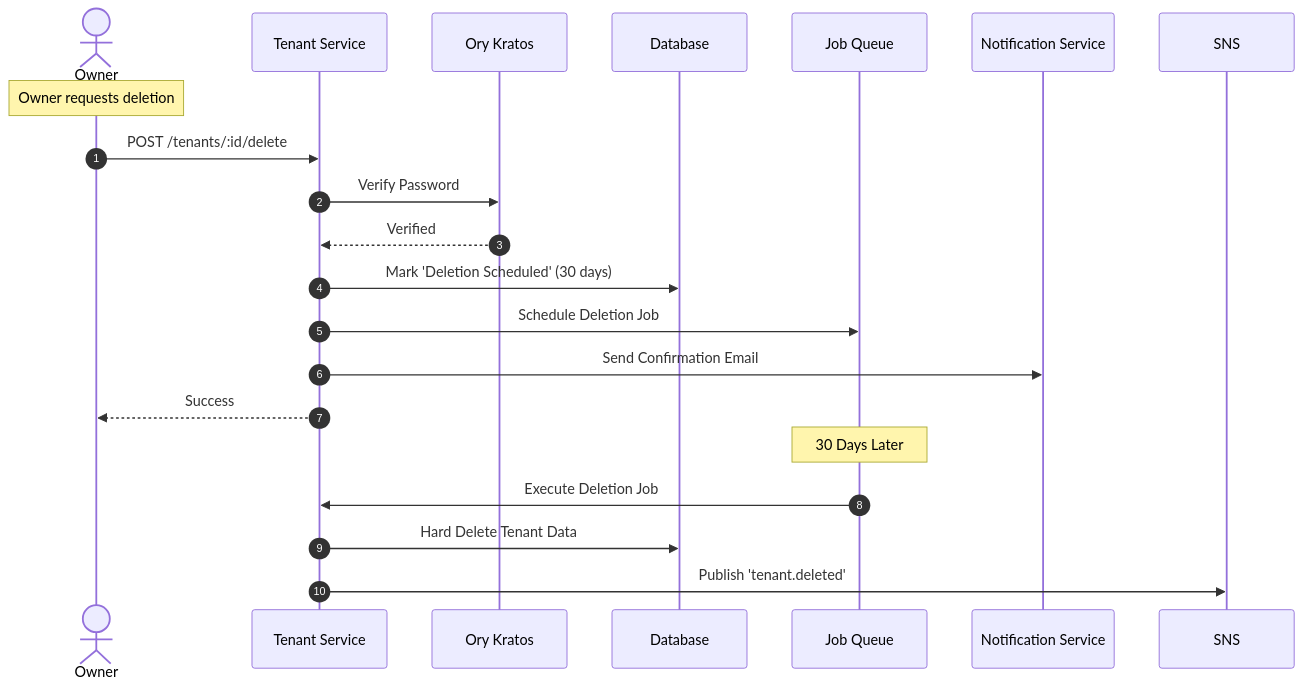
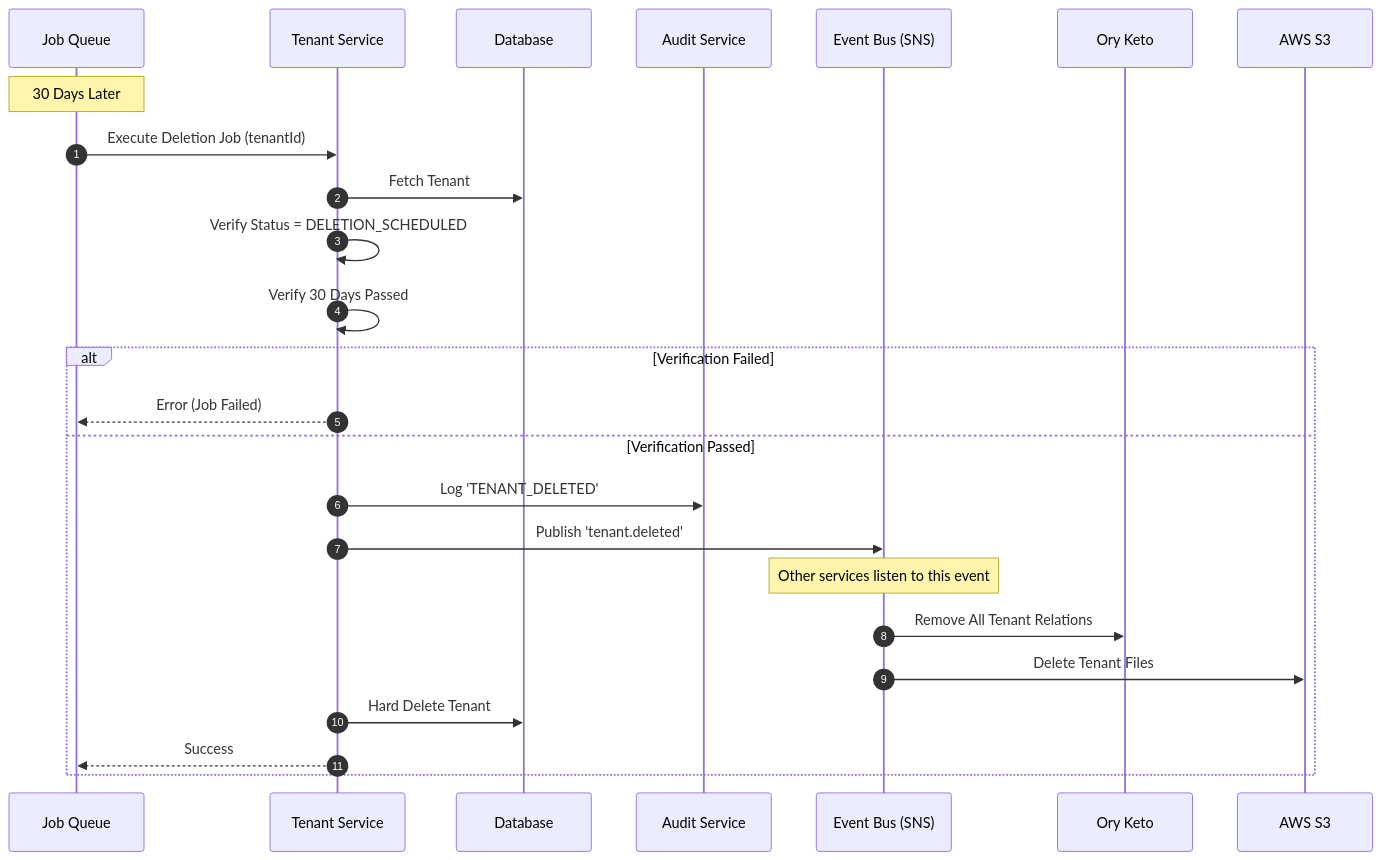
One commit to Digital-Rogue-Wave/referral-pulse-tenant-svc changed diagram 19 of 19 in README.md. Above: the diagram before and after it, drawn with Mermaid. The commit also changed other lines of this file and 30 other files, not shown here.

````diff
--- a/README.md
+++ b/README.md
@@ -531,24 +639,28 @@
 ```mermaid
 sequenceDiagram
     autonumber
-    actor Owner
+    participant Bull as Job Queue
     participant TS as Tenant Service
-    participant Kratos as Ory Kratos
     participant DB as Database
-    participant Bull as Job Queue
-    participant Mail as Notification Service
-
-    Note over Owner: Owner requests deletion
-    Owner->>TS: POST /tenants/:id/delete
-    TS->>Kratos: Verify Password
-    Kratos-->>TS: Verified
-    TS->>DB: Mark 'Deletion Scheduled' (30 days)
-    TS->>Bull: Schedule Deletion Job
-    TS->>Mail: Send Confirmation Email
-    TS-->>Owner: Success
+    participant Audit as Audit Service
+    participant SNS as Event Bus (SNS)
+    participant Keto as Ory Keto
+    participant S3 as AWS S3
 
     Note over Bull: 30 Days Later
-    Bull->>TS: Execute Deletion Job
-    TS->>DB: Hard Delete Tenant Data
-    TS->>SNS: Publish 'tenant.deleted'
+    Bull->>TS: Execute Deletion Job (tenantId)
+    TS->>DB: Fetch Tenant
+    TS->>TS: Verify Status = DELETION_SCHEDULED
+    TS->>TS: Verify 30 Days Passed
+    alt Verification Failed
+        TS-->>Bull: Error (Job Failed)
+    else Verification Passed
+        TS->>Audit: Log 'TENANT_DELETED'
+        TS->>SNS: Publish 'tenant.deleted'
+        Note over SNS: Other services listen to this event
+        SNS->>Keto: Remove All Tenant Relations
+        SNS->>S3: Delete Tenant Files
+        TS->>DB: Hard Delete Tenant
+        TS-->>Bull: Success
+    end
 ```
````
